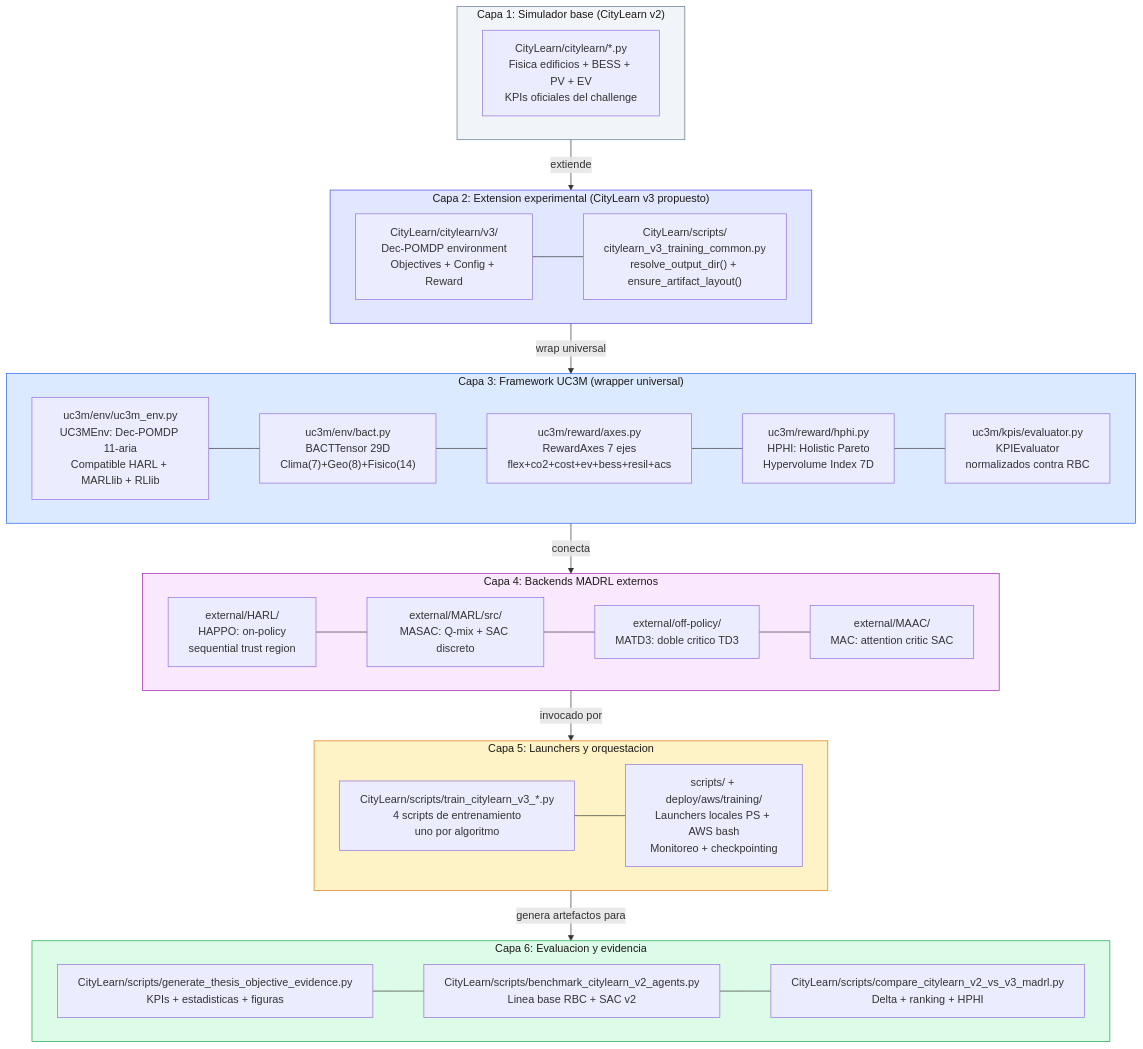
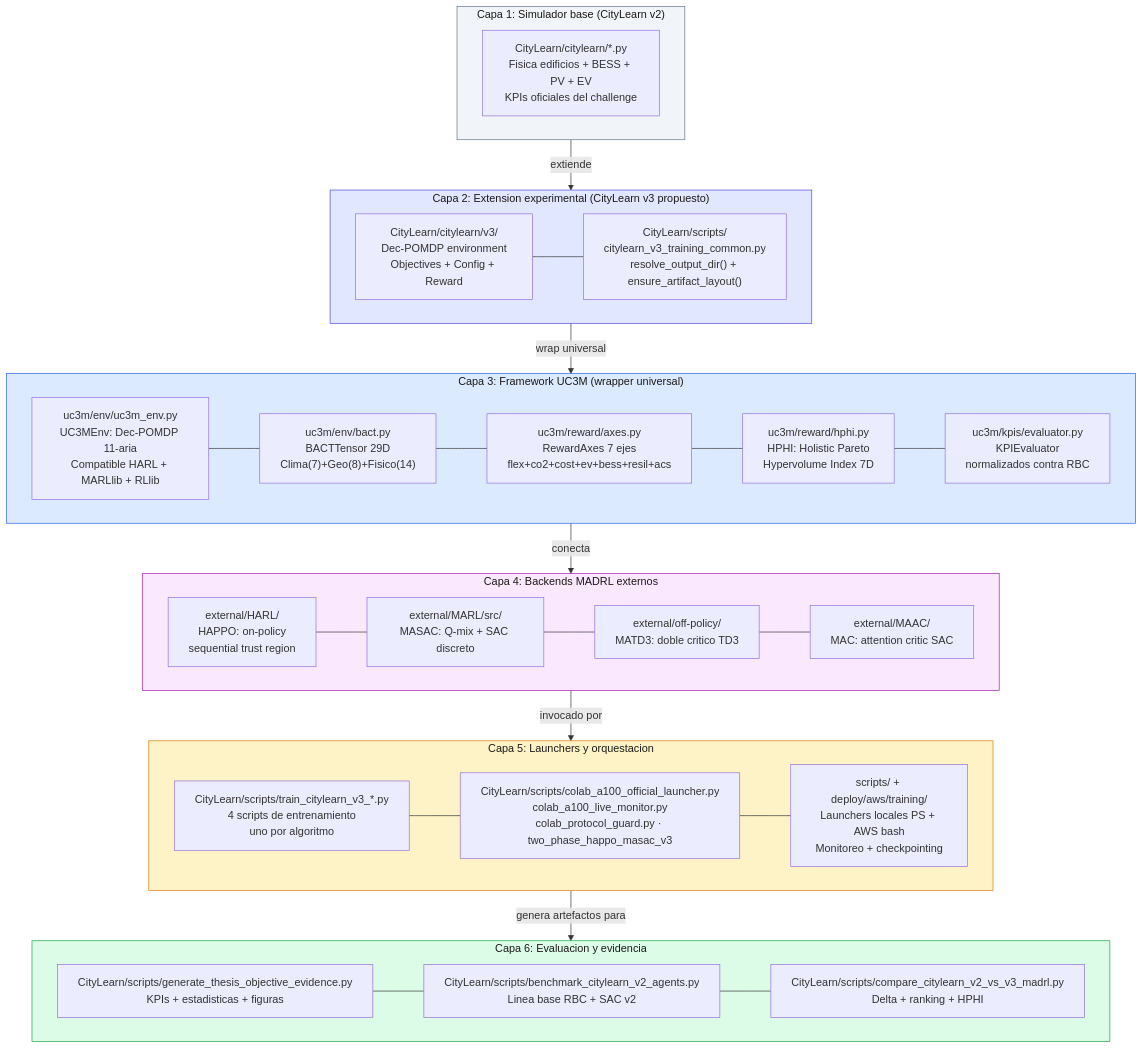
One commit to Mac-Tapia/MADRLCitytleranflexresdr changed the diagram in outputs/defensa_pdf/mmd/diagram_09.mmd. Above: the diagram before and after it, drawn with Mermaid. The commit also changed 10 other files, not shown here.

Commit message:
docs: update 9 architecture diagrams for two_phase Colab A100 protocol

```diff
--- a/outputs/defensa_pdf/mmd/diagram_09.mmd
+++ b/outputs/defensa_pdf/mmd/diagram_09.mmd
@@ -1,65 +1,66 @@
 flowchart TD
     subgraph L1["Capa 1: Simulador base (CityLearn v2)"]
         direction LR
         CL2["CityLearn/citylearn/*.py\nFisica edificios + BESS + PV + EV\nKPIs oficiales del challenge"]
     end
 
     subgraph L2["Capa 2: Extension experimental (CityLearn v3 propuesto)"]
         direction LR
         ENV3["CityLearn/citylearn/v3/\nDec-POMDP environment\nObjectives + Config + Reward"]
         COMM["CityLearn/scripts/\ncitylearn_v3_training_common.py\nresolve_output_dir() + ensure_artifact_layout()"]
         ENV3 --- COMM
     end
 
     subgraph L3["Capa 3: Framework UC3M (wrapper universal)"]
         direction LR
         UC3M_E["uc3m/env/uc3m_env.py\nUC3MEnv: Dec-POMDP 11-aria\nCompatible HARL + MARLlib + RLlib"]
         UC3M_B["uc3m/env/bact.py\nBACTTensor 29D\nClima(7)+Geo(8)+Fisico(14)"]
         UC3M_R["uc3m/reward/axes.py\nRewardAxes 7 ejes\nflex+co2+cost+ev+bess+resil+acs"]
         UC3M_H["uc3m/reward/hphi.py\nHPHI: Holistic Pareto\nHypervolume Index 7D"]
         UC3M_K["uc3m/kpis/evaluator.py\nKPIEvaluator\nnormalizados contra RBC"]
         UC3M_E --- UC3M_B --- UC3M_R --- UC3M_H --- UC3M_K
     end
 
     subgraph L4["Capa 4: Backends MADRL externos"]
         direction LR
         HARL["external/HARL/\nHAPPO: on-policy\nsequential trust region"]
         MARL["external/MARL/src/\nMASAC: Q-mix + SAC discreto"]
         OFFP["external/off-policy/\nMATD3: doble critico TD3"]
         MAAC_B["external/MAAC/\nMAC: attention critic SAC"]
         HARL --- MARL --- OFFP --- MAAC_B
     end
 
     subgraph L5["Capa 5: Launchers y orquestacion"]
         direction LR
         TRAIN_S["CityLearn/scripts/train_citylearn_v3_*.py\n4 scripts de entrenamiento\nuno por algoritmo"]
+        COLAB_L["CityLearn/scripts/colab_a100_official_launcher.py\ncolab_a100_live_monitor.py\ncolab_protocol_guard.py · two_phase_happo_masac_v3"]
         LAUNCH["scripts/ + deploy/aws/training/\nLaunchers locales PS + AWS bash\nMonitoreo + checkpointing"]
-        TRAIN_S --- LAUNCH
+        TRAIN_S --- COLAB_L --- LAUNCH
     end
 
     subgraph L6["Capa 6: Evaluacion y evidencia"]
         direction LR
         GEN["CityLearn/scripts/generate_thesis_objective_evidence.py\nKPIs + estadisticas + figuras"]
         BENCH["CityLearn/scripts/benchmark_citylearn_v2_agents.py\nLinea base RBC + SAC v2"]
         COMP["CityLearn/scripts/compare_citylearn_v2_vs_v3_madrl.py\nDelta + ranking + HPHI"]
         GEN --- BENCH --- COMP
     end
 
     L1 -->|"extiende"| L2
     L2 -->|"wrap universal"| L3
     L3 -->|"conecta"| L4
     L4 -->|"invocado por"| L5
     L5 -->|"genera artefactos para"| L6
 
     classDef l1 fill:#f1f5f9,stroke:#64748b,color:#1c1917
     classDef l2 fill:#e0e7ff,stroke:#4f46e5,color:#1c1917
     classDef l3 fill:#dbeafe,stroke:#2563eb,color:#1c1917
     classDef l4 fill:#fae8ff,stroke:#a21caf,color:#1c1917
     classDef l5 fill:#fef3c7,stroke:#d97706,color:#1c1917
     classDef l6 fill:#dcfce7,stroke:#16a34a,color:#1c1917
     class L1 l1
     class L2 l2
     class L3 l3
     class L4 l4
     class L5 l5
     class L6 l6
```
